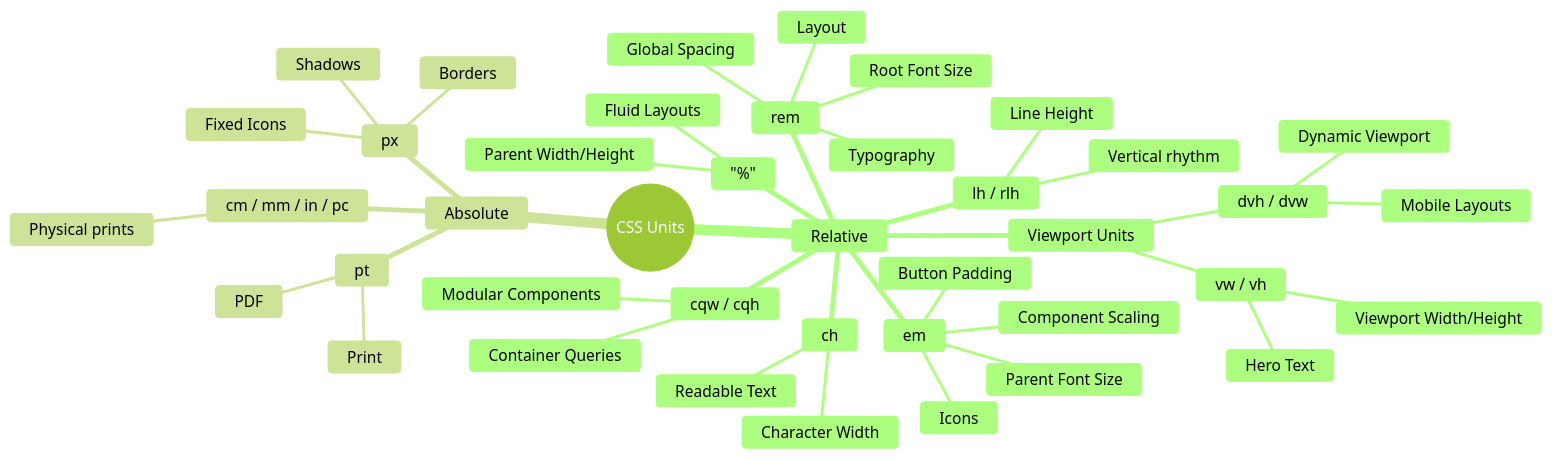
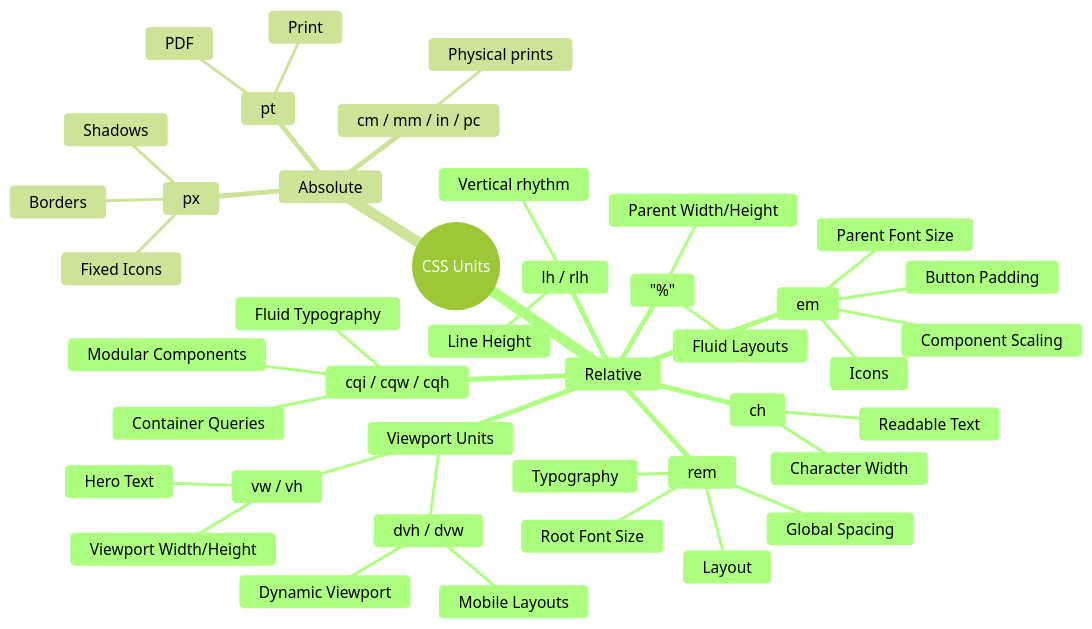
Before and after one commit to kumaratul60/System-Design: the first of 10 diagrams in cheatsheets/cssUnits.md, drawn with Mermaid (forest theme). The commit also changed other lines of this file and 1 other file, not shown here.

````diff
--- a/cheatsheets/cssUnits.md
+++ b/cheatsheets/cssUnits.md
@@ -1114,46 +1407,47 @@
 ```mermaid
 mindmap
   root((CSS Units))
 
     Relative
       rem
         Root Font Size
         Typography
         Layout
         Global Spacing
       em
         Parent Font Size
         Component Scaling
         Button Padding
         Icons
       "%"
         Parent Width/Height
         Fluid Layouts
       Viewport Units
         vw / vh
           Viewport Width/Height
           Hero Text
         dvh / dvw
           Dynamic Viewport
           Mobile Layouts
-      cqw / cqh
+      cqi / cqw / cqh
         Container Queries
         Modular Components
+        Fluid Typography
       lh / rlh
         Line Height
         Vertical rhythm
       ch
         Character Width
         Readable Text
 
     Absolute
       px
         Borders
         Shadows
         Fixed Icons
       pt
         Print
         PDF
       cm / mm / in / pc
         Physical prints
 ```
````
